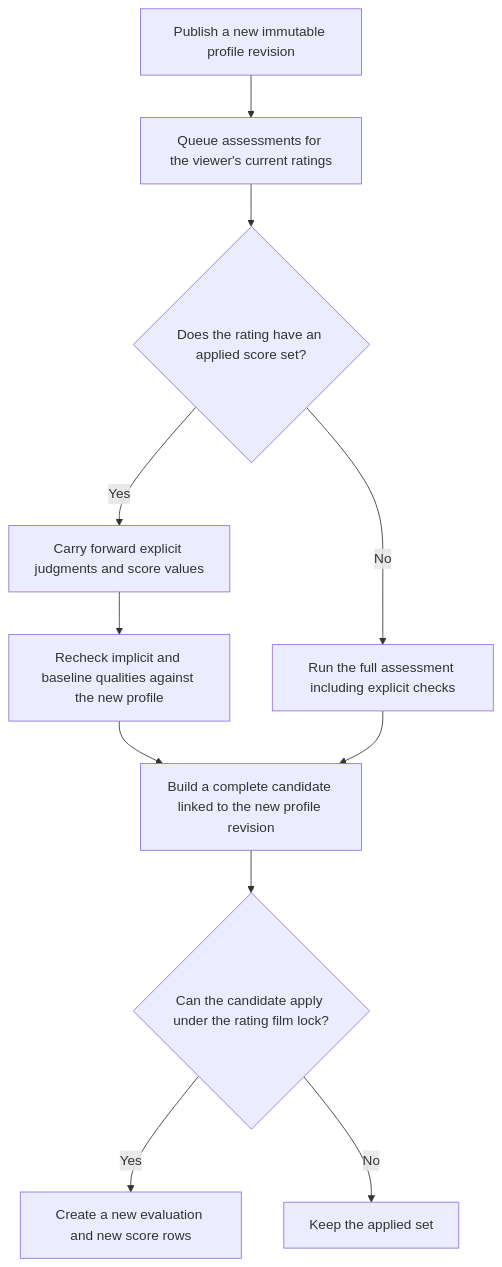
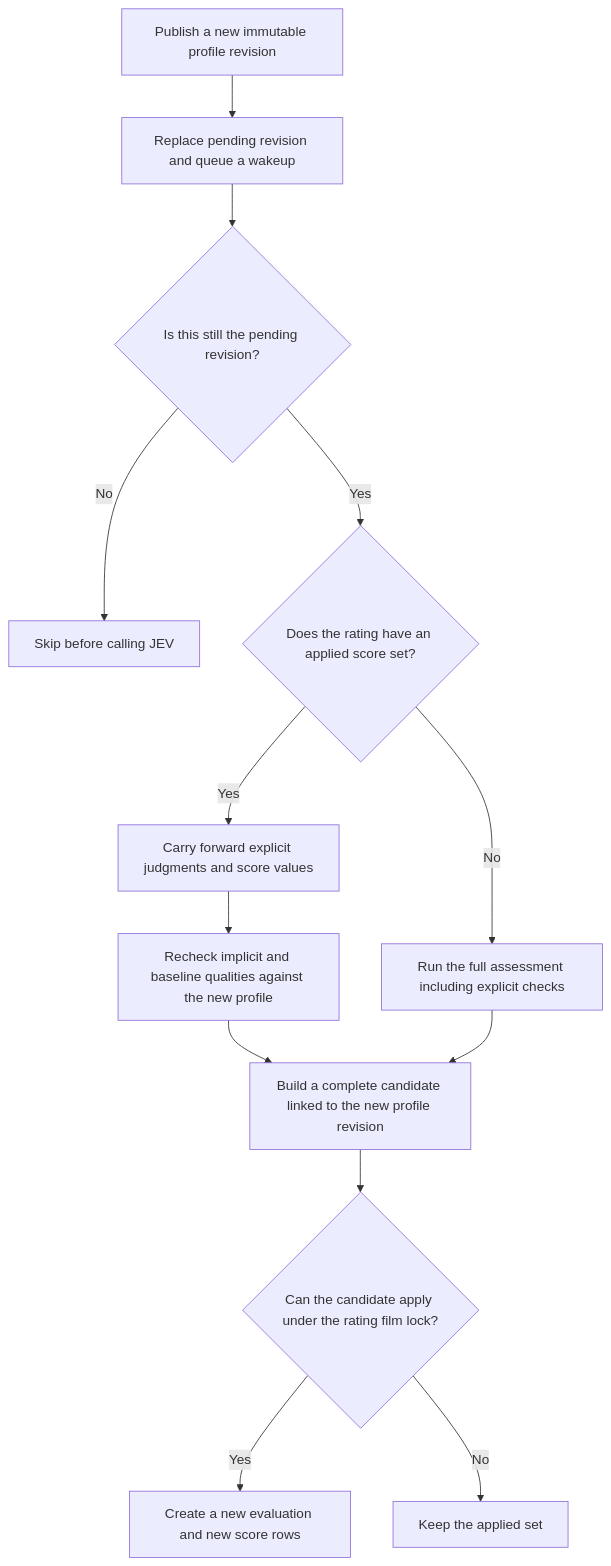
One commit to adambelton/glutton changed the fifth of 6 diagrams in docs/ratings_scoring_design.md. Above: the diagram before and after it, drawn with Mermaid. The commit also changed other lines of this file and 13 other files, not shown here.

Commit message:
Reassess rating qualities after profile publication (#79)

````diff
--- a/docs/ratings_scoring_design.md
+++ b/docs/ratings_scoring_design.md
@@ -144,13 +144,15 @@
 ```mermaid
 flowchart TD
-    A["Publish a new immutable profile revision"] --> B["Queue assessments for the viewer's current ratings"]
-    B --> C{"Does the rating have an applied score set?"}
+    A["Publish a new immutable profile revision"] --> B["Replace pending revision and queue a wakeup"]
+    B --> P{"Is this still the pending revision?"}
+    P -- No --> S["Skip before calling JEV"]
+    P -- Yes --> C{"Does the rating have an applied score set?"}
     C -- Yes --> D["Carry forward explicit judgments and score values"]
     D --> E["Recheck implicit and baseline qualities against the new profile"]
     C -- No --> F["Run the full assessment including explicit checks"]
     E --> G["Build a complete candidate linked to the new profile revision"]
     F --> G
     G --> H{"Can the candidate apply under the rating film lock?"}
     H -- Yes --> I["Create a new evaluation and new score rows"]
     H -- No --> J["Keep the applied set"]
 ```
````
